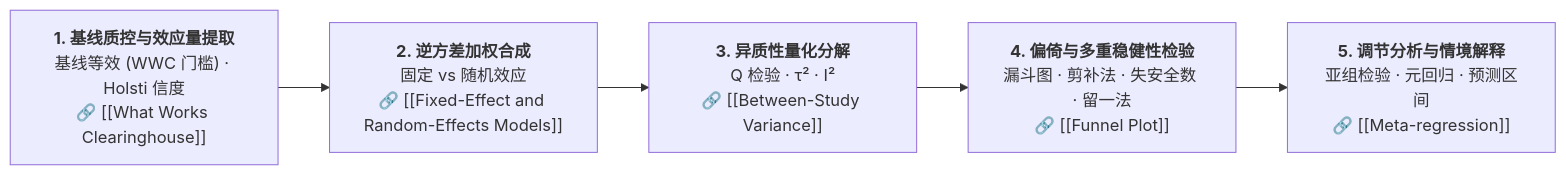
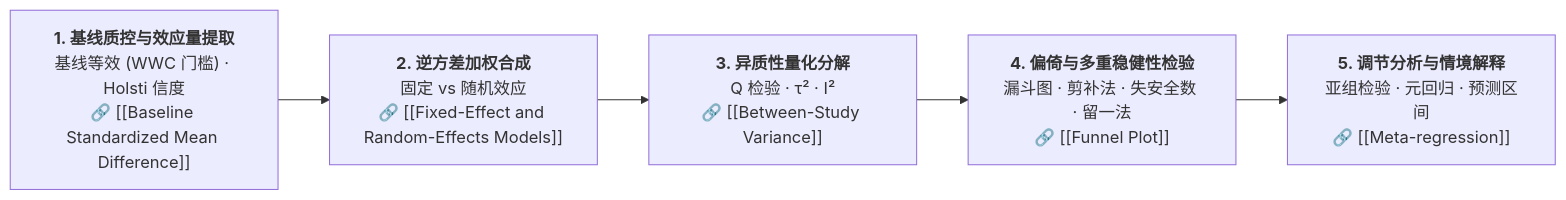
One commit to likemie/vault-notes changed the second of 2 diagrams in wiki/methods/quantitative/Meta-analysis.md. Above: the diagram before and after it, drawn with Mermaid. The commit also changed other lines of this file and 8 other files, not shown here.

````diff
--- a/wiki/methods/quantitative/Meta-analysis.md
+++ b/wiki/methods/quantitative/Meta-analysis.md
@@ -182,7 +186,7 @@
 ```mermaid
 flowchart LR
-    A["<b>1. 基线质控与效应量提取</b><br>基线等效 (WWC 门槛) · Holsti 信度<br>🔗 [[What Works Clearinghouse]]"] --> B["<b>2. 逆方差加权合成</b><br>固定 vs 随机效应<br>🔗 [[Fixed-Effect and Random-Effects Models]]"]
+    A["<b>1. 基线质控与效应量提取</b><br>基线等效 (WWC 门槛) · Holsti 信度<br>🔗 [[Baseline Standardized Mean Difference]]"] --> B["<b>2. 逆方差加权合成</b><br>固定 vs 随机效应<br>🔗 [[Fixed-Effect and Random-Effects Models]]"]
     B --> C["<b>3. 异质性量化分解</b><br>Q 检验 · τ² · I²<br>🔗 [[Between-Study Variance]]"]
     C --> D["<b>4. 偏倚与多重稳健性检验</b><br>漏斗图 · 剪补法 · 失安全数 · 留一法<br>🔗 [[Funnel Plot]]"]
     D --> E["<b>5. 调节分析与情境解释</b><br>亚组检验 · 元回归 · 预测区间<br>🔗 [[Meta-regression]]"]
 ```
````
